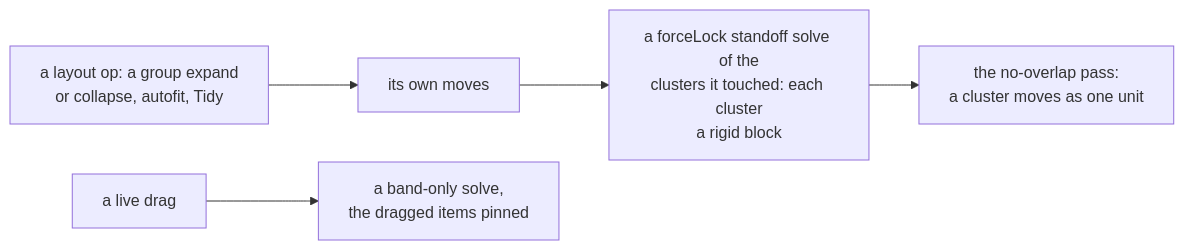
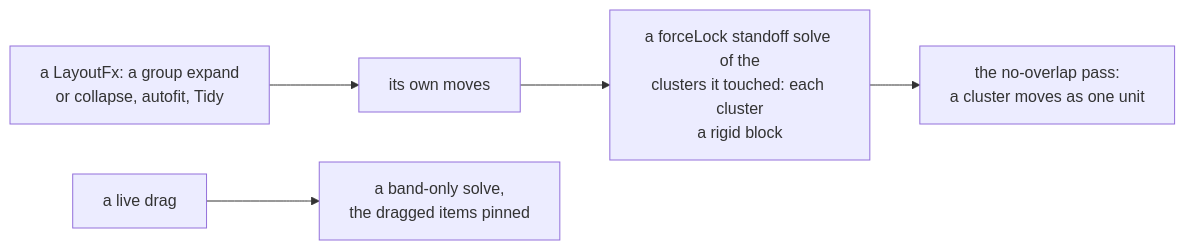
The diagram in tree/specs/canvas/standoffs.md (bubba8587/solenoid), drawn with Mermaid before and after one commit. The commit also changed other lines of this file and 9 other files, not shown here.

````diff
--- a/tree/specs/canvas/standoffs.md
+++ b/tree/specs/canvas/standoffs.md
@@ -61,7 +61,7 @@
 ```mermaid
 flowchart LR
-    op["a layout op: a group expand<br>or collapse, autofit, Tidy"] --> moves["its own moves"]
+    op["a LayoutFx: a group expand<br>or collapse, autofit, Tidy"] --> moves["its own moves"]
     moves --> solve["a forceLock standoff solve of the<br>clusters it touched: each cluster<br>a rigid block"]
     solve --> ov["the no-overlap pass:<br>a cluster moves as one unit"]
     drag["a live drag"] --> band["a band-only solve,<br>the dragged items pinned"]
 ```
````
